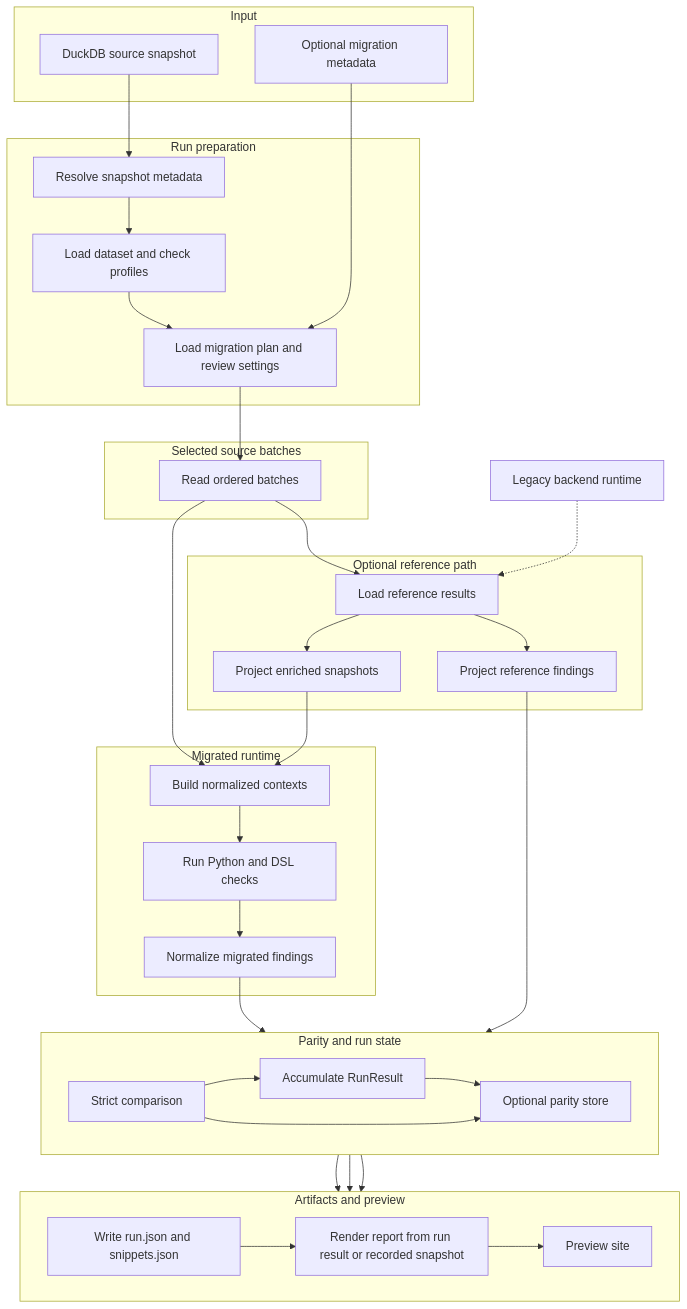
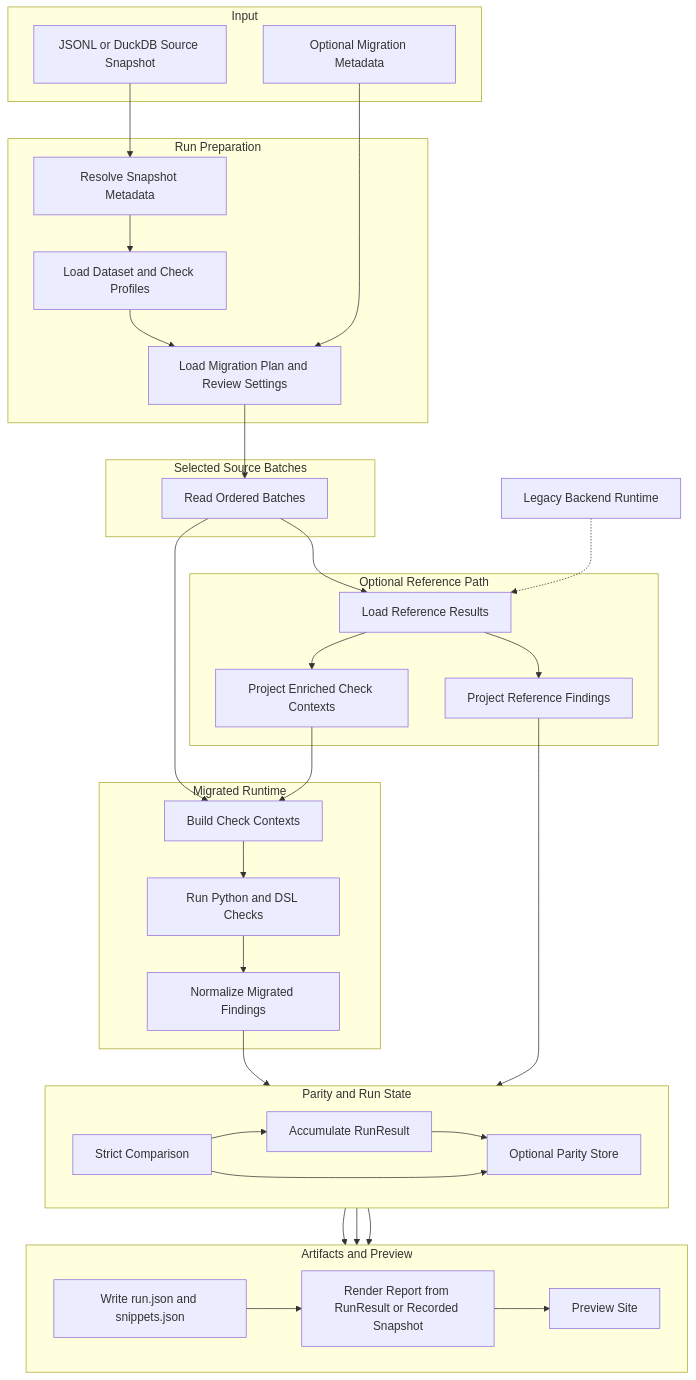
One commit to bobcorn/openfoodfacts-data-quality changed the first of 3 diagrams in docs/explanation/application-runs.md. Above: the diagram before and after it, drawn with Mermaid. The commit also changed other lines of this file and 142 other files, not shown here.

````diff
--- a/docs/explanation/application-runs.md
+++ b/docs/explanation/application-runs.md
@@ -10,66 +10,66 @@
 ```mermaid
 flowchart TB
     subgraph INPUT["Input"]
-        A["DuckDB source snapshot"]
-        B["Optional migration metadata"]
+        A["JSONL or DuckDB Source Snapshot"]
+        B["Optional Migration Metadata"]
     end
 
-    subgraph PREP["Run preparation"]
-        D["Resolve snapshot metadata"]
-        E["Load dataset and check profiles"]
-        F["Load migration plan and review settings"]
+    subgraph PREP["Run Preparation"]
+        D["Resolve Snapshot Metadata"]
+        E["Load Dataset and Check Profiles"]
+        F["Load Migration Plan and Review Settings"]
         D --> E --> F
     end
 
-    subgraph SOURCE["Selected source batches"]
-        H["Read ordered batches"]
+    subgraph SOURCE["Selected Source Batches"]
+        H["Read Ordered Batches"]
     end
 
-    subgraph REF["Optional reference path"]
-        I["Load reference results"]
-        J["Project reference findings"]
-        K["Project enriched snapshots"]
+    subgraph REF["Optional Reference Path"]
+        I["Load Reference Results"]
+        J["Project Reference Findings"]
+        K["Project Enriched Check Contexts"]
         I --> J
         I --> K
     end
 
-    subgraph MIG["Migrated runtime"]
-        L["Build normalized contexts"]
-        M["Run Python and DSL checks"]
-        N["Normalize migrated findings"]
+    subgraph MIG["Migrated Runtime"]
+        L["Build Check Contexts"]
+        M["Run Python and DSL Checks"]
+        N["Normalize Migrated Findings"]
         L --> M --> N
     end
 
-    subgraph RUN["Parity and run state"]
+    subgraph RUN["Parity and Run State"]
         direction LR
-        O["Strict comparison"]
+        O["Strict Comparison"]
         P["Accumulate RunResult"]
-        Q["Optional parity store"]
+        Q["Optional Parity Store"]
         O --> P
         P --> Q
     end
 
-    subgraph PRES["Artifacts and preview"]
+    subgraph PRES["Artifacts and Preview"]
         direction LR
         R["Write run.json and snippets.json"]
-        S["Render report from run result or recorded snapshot"]
-        T["Preview site"]
+        S["Render Report from RunResult or Recorded Snapshot"]
+        T["Preview Site"]
         R --> S --> T
     end
 
-    U["Legacy backend runtime"]
+    U["Legacy Backend Runtime"]
 
     A --> D
     B --> F
     F --> H
     H --> I
     H --> L
     U -.-> I
     K --> L
     J --> O
     N --> O
     O --> Q
     P --> R
     P --> S
     Q --> S
 ```
````
